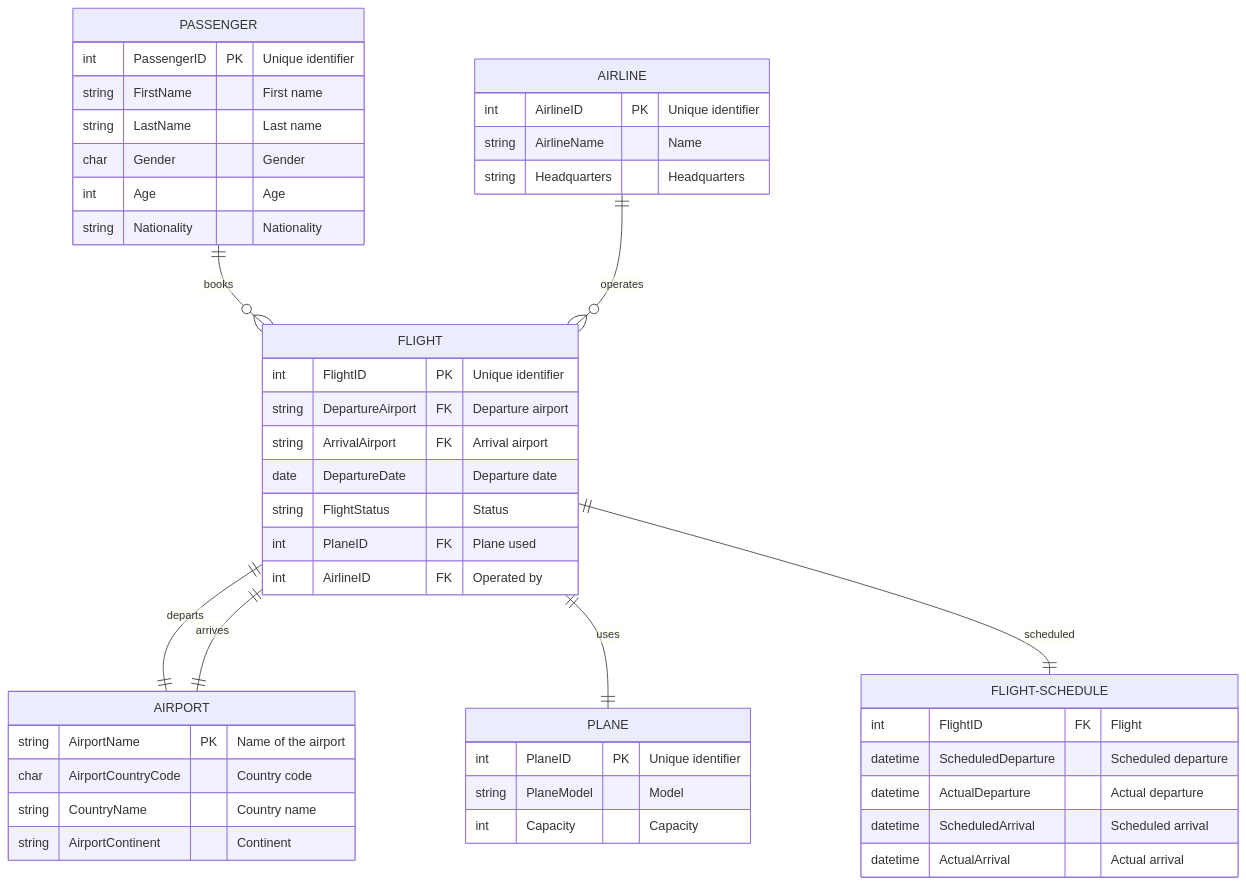
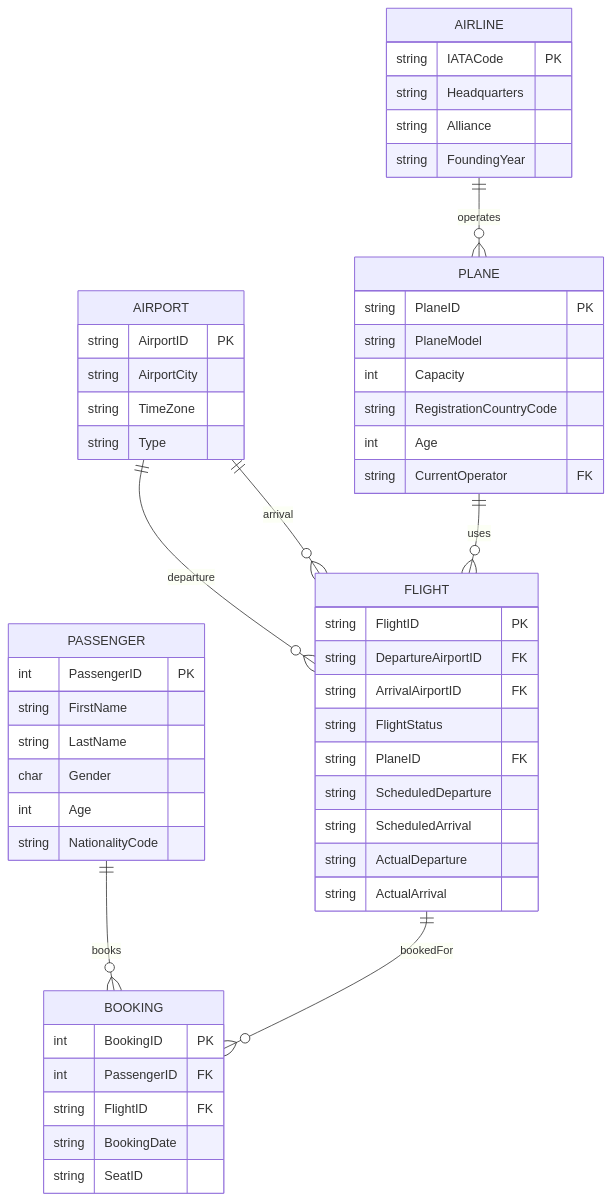
Before and after one commit to TobyYang7/Flight-Information-System: the diagram in readme.md, drawn with Mermaid.

````diff
--- a/readme.md
+++ b/readme.md
@@ -24,55 +24,60 @@
 ```mermaid
 erDiagram
-    PASSENGER ||--o{ FLIGHT : books
-    FLIGHT ||--|| AIRPORT : departs
-    FLIGHT ||--|| AIRPORT : arrives
-    FLIGHT ||--|| PLANE : uses
-    AIRLINE ||--o{ FLIGHT : operates
-    FLIGHT ||--|| FLIGHT-SCHEDULE : scheduled
-
-    PASSENGER {
-        int PassengerID PK "Unique identifier"
-        string FirstName "First name"
-        string LastName "Last name"
-        char Gender "Gender"
-        int Age "Age"
-        string Nationality "Nationality"
+    AIRPORT ||--o{ FLIGHT : "departure"
+    AIRPORT ||--o{ FLIGHT : "arrival"
+    AIRPORT {
+        string AirportID PK
+        string AirportCity
+        string TimeZone
+        string Type
+    }
+    
+    AIRLINE ||--o{ PLANE : "operates"
+    AIRLINE {
+        string IATACode PK
+        string Headquarters
+        string Alliance
+        string FoundingYear
     }
 
-    AIRPORT {
-        string AirportName PK "Name of the airport"
-        char AirportCountryCode "Country code"
-        string CountryName "Country name"
-        string AirportContinent "Continent"
+    PLANE ||--o{ FLIGHT : "uses"
+    PLANE {
+        string PlaneID PK
+        string PlaneModel
+        int Capacity
+        string RegistrationCountryCode
+        int Age
+        string CurrentOperator FK
     }
 
-    PLANE {
-        int PlaneID PK "Unique identifier"
-        string PlaneModel "Model"
-        int Capacity "Capacity"
+    PASSENGER ||--o{ BOOKING : "books"
+    PASSENGER {
+        int PassengerID PK
+        string FirstName
+        string LastName
+        char Gender
+        int Age
+        string NationalityCode
     }
 
+    FLIGHT ||--o{ BOOKING : "bookedFor"
     FLIGHT {
-        int FlightID PK "Unique identifier"
-        string DepartureAirport FK "Departure airport"
-        string ArrivalAirport FK "Arrival airport"
-        date DepartureDate "Departure date"
-        string FlightStatus "Status"
-        int PlaneID FK "Plane used"
-        int AirlineID FK "Operated by"
+        string FlightID PK
+        string DepartureAirportID FK
+        string ArrivalAirportID FK
+        string FlightStatus
+        string PlaneID FK
+        string ScheduledDeparture
+        string ScheduledArrival
+        string ActualDeparture
+        string ActualArrival
     }
 
-    AIRLINE {
-        int AirlineID PK "Unique identifier"
-        string AirlineName "Name"
-        string Headquarters "Headquarters"
-    }
-
-    FLIGHT-SCHEDULE {
-        int FlightID FK "Flight"
-        datetime ScheduledDeparture "Scheduled departure"
-        datetime ActualDeparture "Actual departure"
-        datetime ScheduledArrival "Scheduled arrival"
-        datetime ActualArrival "Actual arrival"
+    BOOKING {
+        int BookingID PK
+        int PassengerID FK
+        string FlightID FK
+        string BookingDate
+        string SeatID
     }
 ```
````
